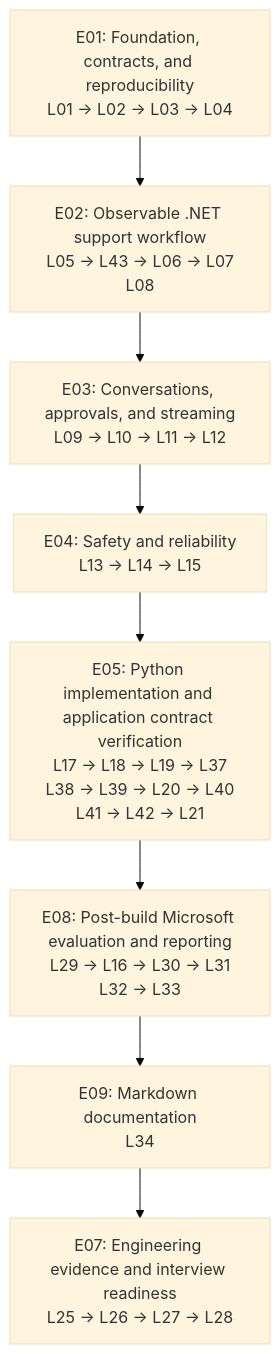
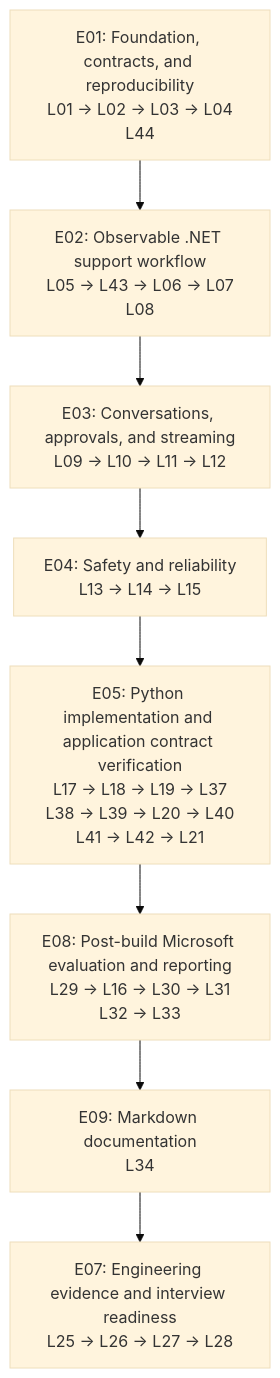
The diagram in docs/learning/roadmap.md (olaheavy-dev/maf-support-lab), drawn with Mermaid (base theme) before and after one commit. The commit also changed other lines of this file and 14 other files, not shown here.

First line of the commit message:
Roadmap: add L44 (move the .NET stack to .NET 11) before L32 (#108)

````diff
--- a/docs/learning/roadmap.md
+++ b/docs/learning/roadmap.md
@@ -11,12 +11,12 @@
 ```mermaid
 flowchart TD
-    E01["E01: Foundation, contracts, and reproducibility<br/>L01 → L02 → L03 → L04"]
+    E01["E01: Foundation, contracts, and reproducibility<br/>L01 → L02 → L03 → L04<br/>L44"]
     E02["E02: Observable .NET support workflow<br/>L05 → L43 → L06 → L07<br/>L08"]
     E03["E03: Conversations, approvals, and streaming<br/>L09 → L10 → L11 → L12"]
     E04["E04: Safety and reliability<br/>L13 → L14 → L15"]
     E05["E05: Python implementation and application contract verification<br/>L17 → L18 → L19 → L37<br/>L38 → L39 → L20 → L40<br/>L41 → L42 → L21"]
     E08["E08: Post-build Microsoft evaluation and reporting<br/>L29 → L16 → L30 → L31<br/>L32 → L33"]
     E09["E09: Markdown documentation<br/>L34"]
     E07["E07: Engineering evidence and interview readiness<br/>L25 → L26 → L27 → L28"]
     E01 --> E02 --> E03 --> E04 --> E05 --> E08 --> E09 --> E07
 ```
````
